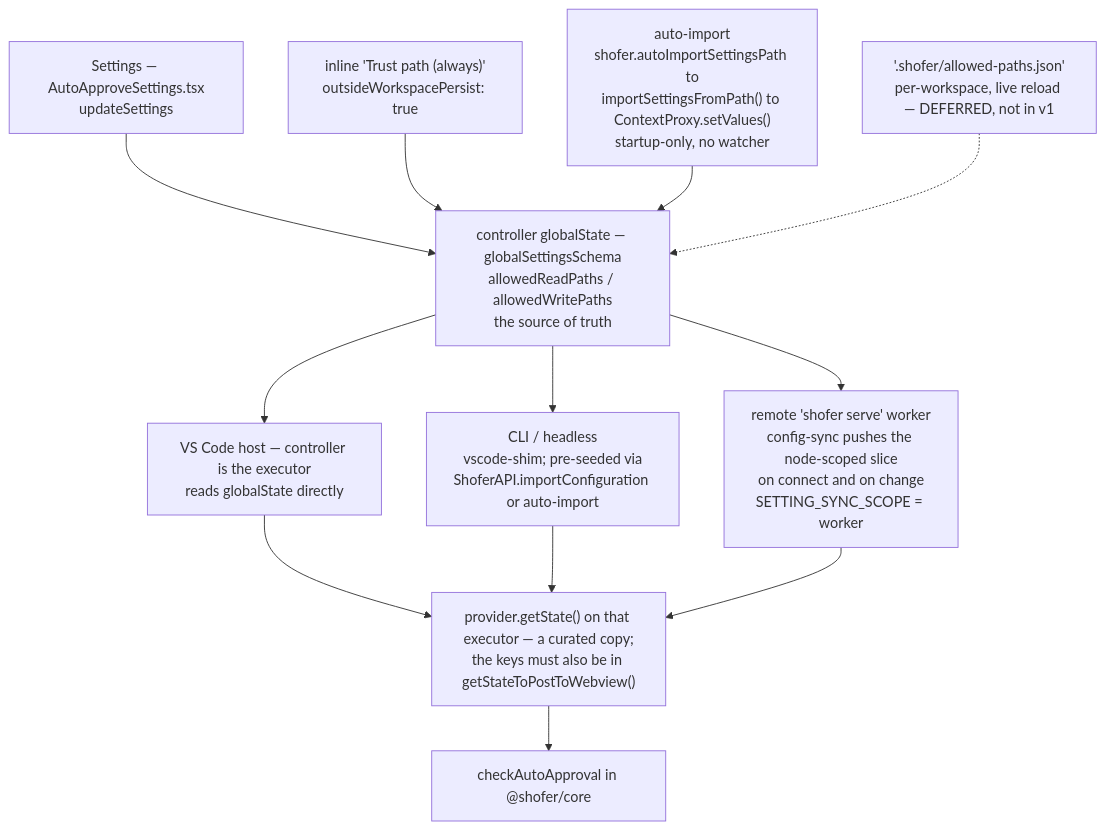
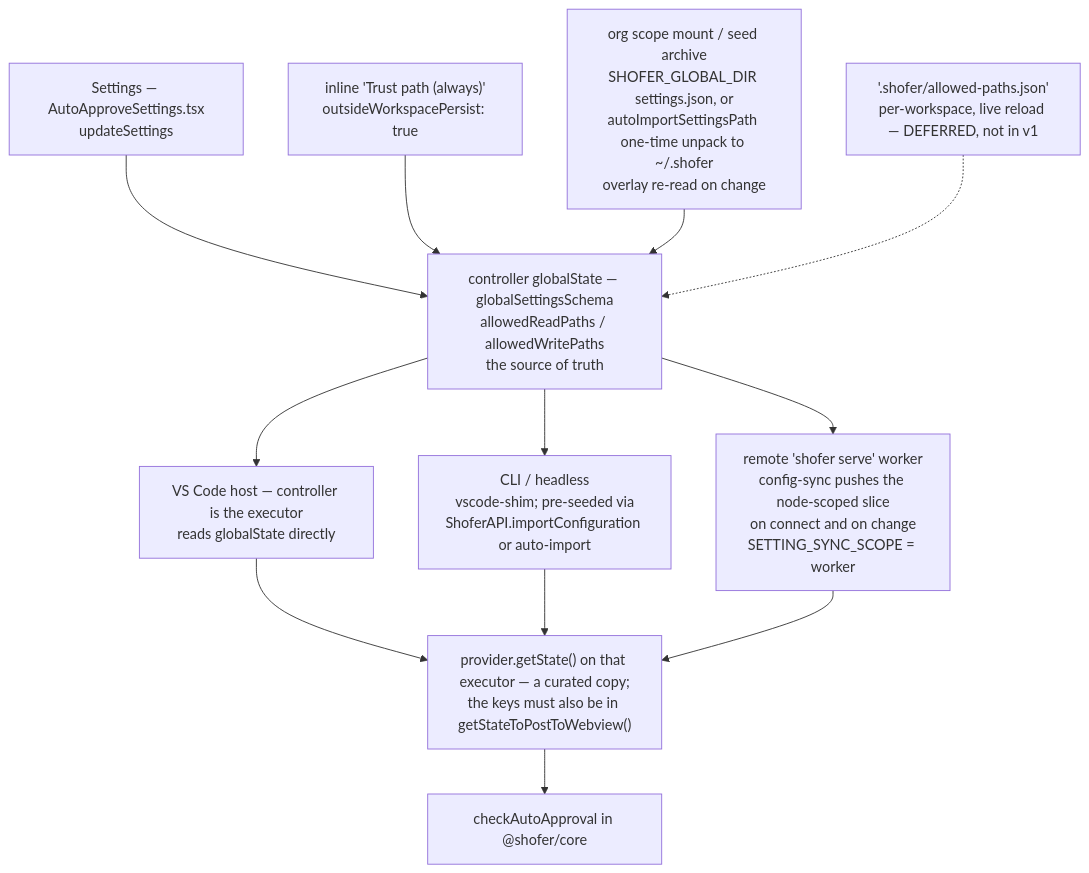
The fourth of 4 diagrams in docs/outside-workspace-path-allowlist.md (shofer-dev/shofer), drawn with Mermaid before and after one commit. The commit also changed other lines of this file and 5 other files, not shown here.

````diff
--- a/docs/outside-workspace-path-allowlist.md
+++ b/docs/outside-workspace-path-allowlist.md
@@ -458,29 +454,29 @@
 ```mermaid
 flowchart TB
     SETUI["Settings — AutoApproveSettings.tsx<br/>updateSettings"]
     INLINE["inline 'Trust path (always)'<br/>outsideWorkspacePersist: true"]
-    AUTO["auto-import<br/>shofer.autoImportSettingsPath to<br/>importSettingsFromPath() to ContextProxy.setValues()<br/>startup-only, no watcher"]
+    AUTO["org scope mount / seed archive<br/>SHOFER_GLOBAL_DIR settings.json, or<br/>autoImportSettingsPath one-time unpack to ~/.shofer<br/>overlay re-read on change"]
     PROJ["'.shofer/allowed-paths.json'<br/>per-workspace, live reload — DEFERRED, not in v1"]
 
     STORE["controller globalState — globalSettingsSchema<br/>allowedReadPaths / allowedWritePaths<br/>the source of truth"]
 
     VS["VS Code host — controller is the executor<br/>reads globalState directly"]
     CLI["CLI / headless<br/>vscode-shim; pre-seeded via<br/>ShoferAPI.importConfiguration or auto-import"]
     NODE["remote 'shofer serve' worker<br/>config-sync pushes the node-scoped slice<br/>on connect and on change<br/>SETTING_SYNC_SCOPE = worker"]
 
     STATE["provider.getState() on that executor — a curated copy;<br/>the keys must also be in getStateToPostToWebview()"]
     GATE["checkAutoApproval in @shofer/core"]
 
     SETUI --> STORE
     INLINE --> STORE
     AUTO --> STORE
     PROJ -.-> STORE
 
     STORE --> VS
     STORE --> CLI
     STORE --> NODE
     VS --> STATE
     CLI --> STATE
     NODE --> STATE
     STATE --> GATE
 ```
````
